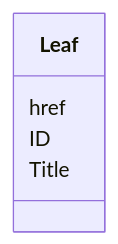
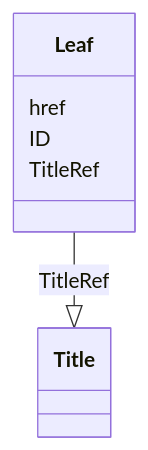
One commit to cdisc-org/DataExchange-ODM-LinkML changed the diagram in docs/Leaf.md. Above: the diagram before and after it, drawn with Mermaid. The commit also changed other lines of this file and 204 other files, not shown here.

````diff
--- a/docs/Leaf.md
+++ b/docs/Leaf.md
@@ -14,11 +14,13 @@
 ```mermaid
  classDiagram
     class Leaf
       Leaf : href
         
       Leaf : ID
         
-      Leaf : Title
+      Leaf : TitleRef
+        
+          Leaf --|> Title : TitleRef
         
       
 ```
````
